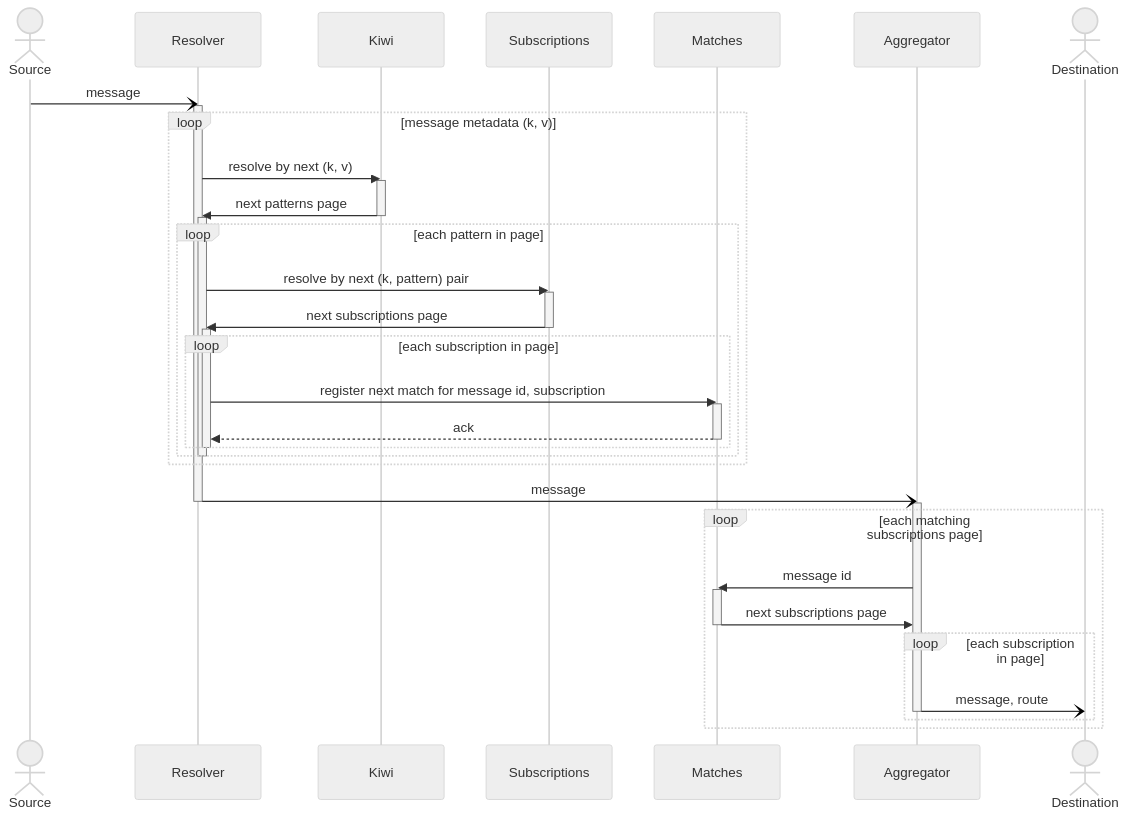
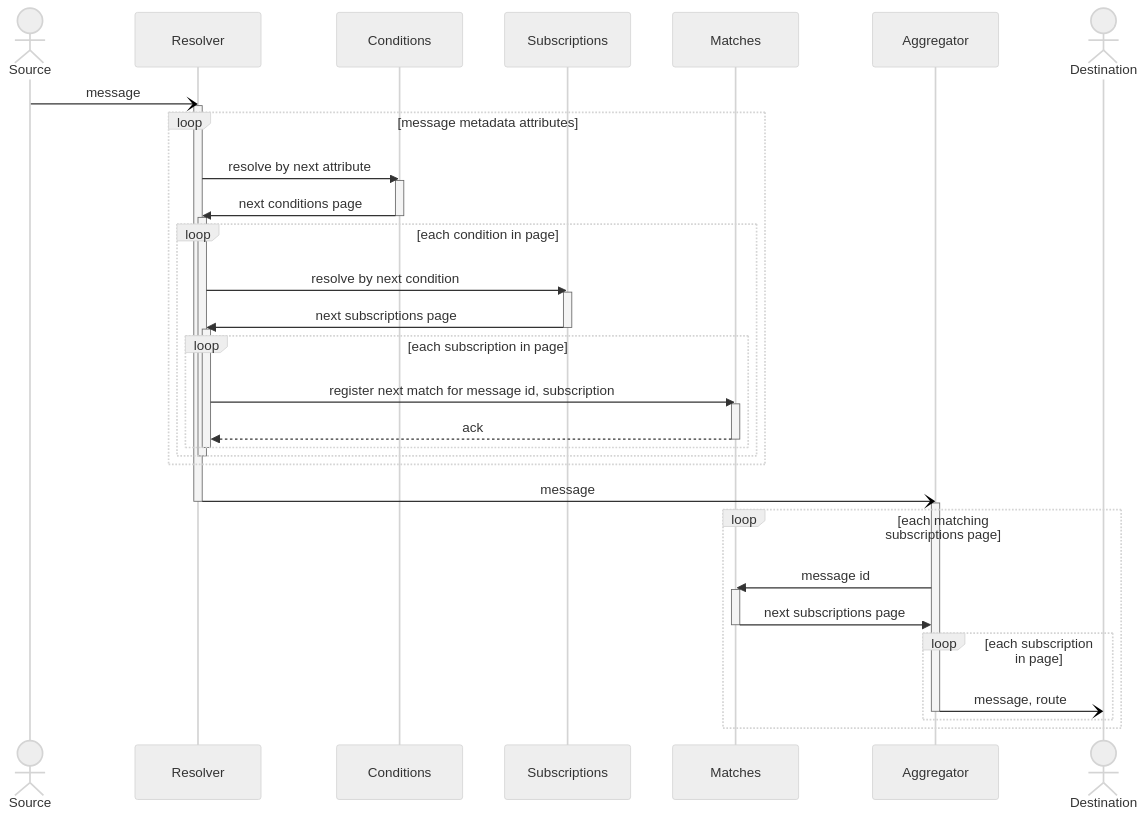
Before and after one commit to awakari/.github: the diagram in profile/README.md, drawn with Mermaid. The commit also changed other lines of this file, not shown here.

````diff
--- a/profile/README.md
+++ b/profile/README.md
@@ -72,61 +77,61 @@
 ```mermaid
 %%{init: {'theme': 'neutral' } }%%
 sequenceDiagram
 
     actor Source
     participant Resolver
-    participant Kiwi
+    participant Conditions
     participant Subscriptions
     participant Matches
     participant Aggregator
     actor Destination
 
     Source-)Resolver: message
     activate Resolver
     
-    loop message metadata (k, v)
+    loop message metadata attributes
     
-        Resolver->>Kiwi: resolve by next (k, v)
-        activate Kiwi
-        Kiwi->>Resolver: next patterns page
-        deactivate Kiwi
+        Resolver->>Conditions: resolve by next attribute 
+        activate Conditions
+        Conditions->>Resolver: next conditions page
+        deactivate Conditions
         
         activate Resolver
-        loop each pattern in page
+        loop each condition in page
             
-            Resolver->>Subscriptions: resolve by next (k, pattern) pair
+            Resolver->>Subscriptions: resolve by next condition
             activate Subscriptions
             Subscriptions->>Resolver: next subscriptions page
             deactivate Subscriptions
             
             activate Resolver
             loop each subscription in page
                 Resolver->>Matches: register next match for message id, subscription
                 activate Matches
                 Matches-->>Resolver: ack
                 deactivate Matches
             end
             deactivate Resolver
             
         end
         deactivate Resolver
     end
         
     Resolver-)Aggregator: message
     deactivate Resolver
 
     activate Aggregator
     loop each matching subscriptions page
         
         Aggregator->>Matches: message id
         activate Matches
         Matches->>Aggregator: next subscriptions page
         deactivate Matches
         
         loop each subscription in page
             Aggregator-)Destination: message, route
             deactivate Aggregator
         end
         
     end
 ```
````
